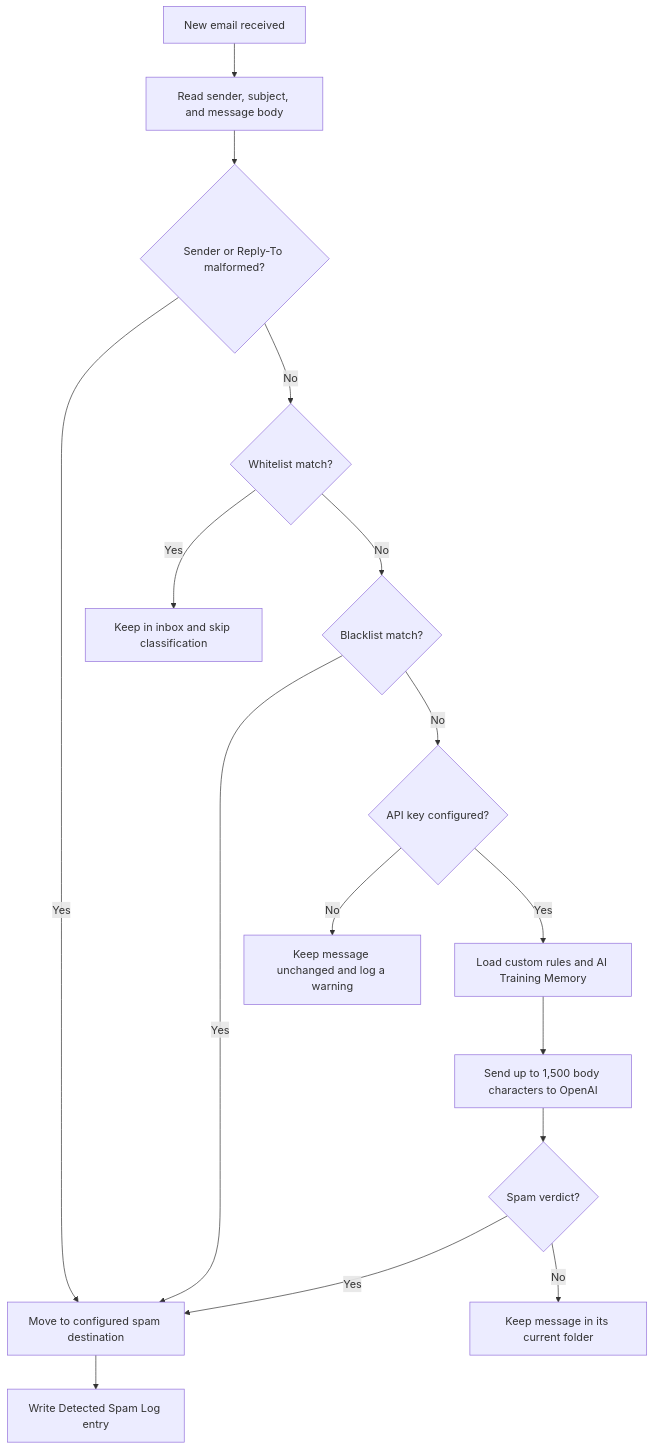
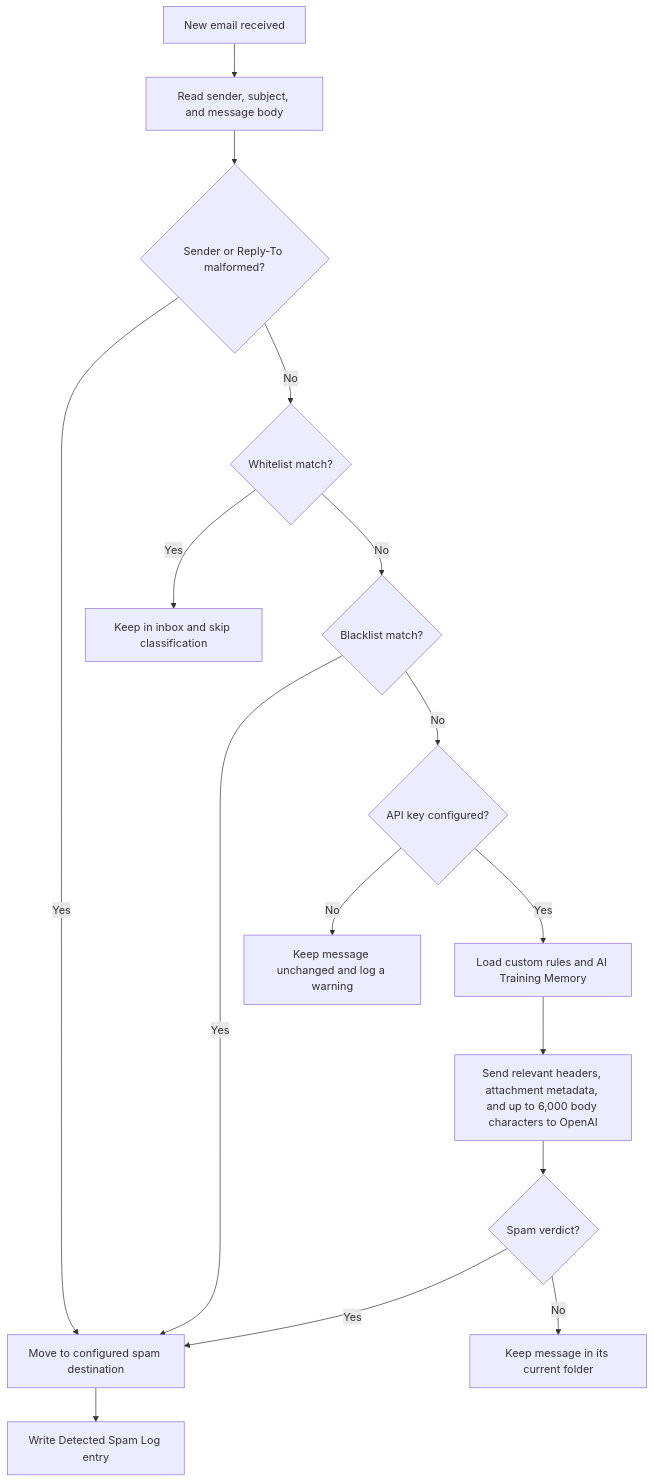
The diagram in README.md (BlastFM/ThunderbirdPersonalSpamFilter), drawn with Mermaid before and after one commit. The commit also changed other lines of this file and 4 other files, not shown here.

````diff
--- a/README.md
+++ b/README.md
@@ -221,18 +221,18 @@
 ```mermaid
 graph TD
     A[New email received] --> B[Read sender, subject, and message body]
     B --> N{Sender or Reply-To malformed?}
     N -- Yes --> F[Move to configured spam destination]
     N -- No --> C{Whitelist match?}
     C -- Yes --> D[Keep in inbox and skip classification]
     C -- No --> E{Blacklist match?}
     E -- Yes --> F[Move to configured spam destination]
     F --> G[Write Detected Spam Log entry]
     E -- No --> H{API key configured?}
     H -- No --> I[Keep message unchanged and log a warning]
     H -- Yes --> J[Load custom rules and AI Training Memory]
-    J --> K[Send up to 1,500 body characters to OpenAI]
+    J --> K[Send relevant headers, attachment metadata, and up to 6,000 body characters to OpenAI]
     K --> L{Spam verdict?}
     L -- Yes --> F
     L -- No --> M[Keep message in its current folder]
 ```
````
